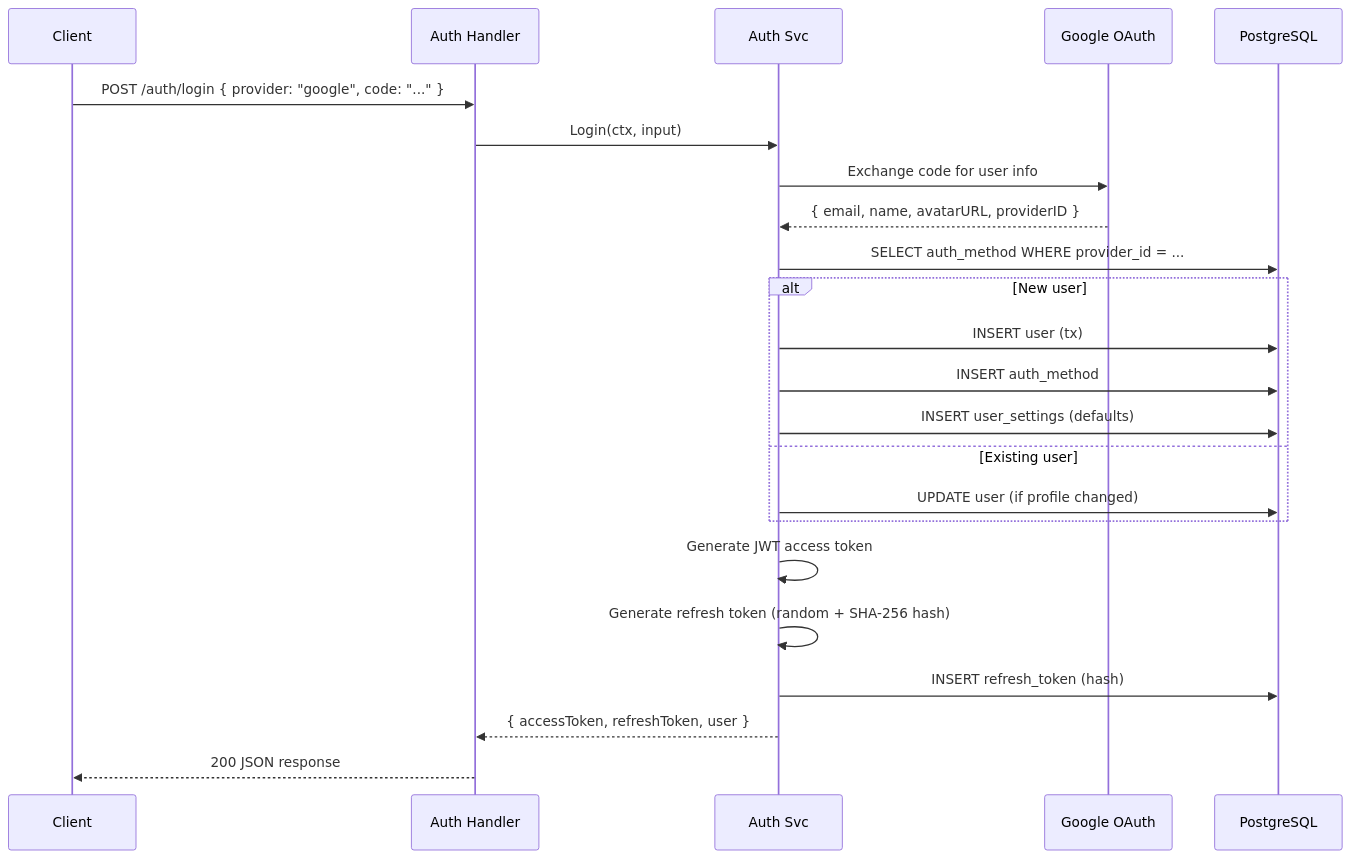
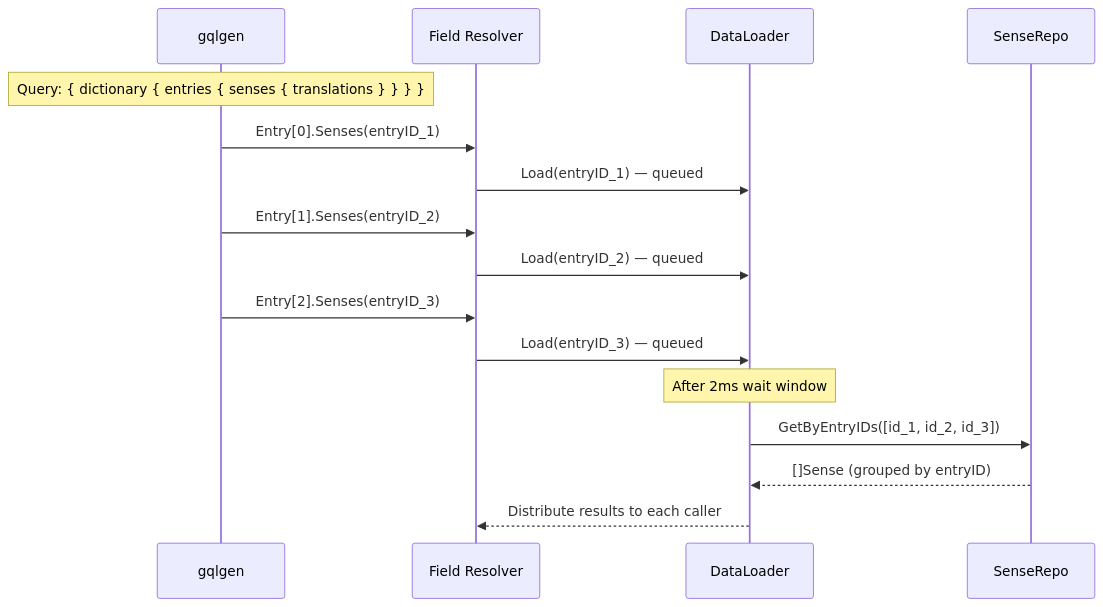
Before and after one commit to heartmarshall/genius-disctionary-backend: the fifth of 5 diagrams in backend_v4/docs/DATA_FLOW.md, drawn with Mermaid. The commit also changed other lines of this file and 26 other files, not shown here.

````diff
--- a/backend_v4/docs/DATA_FLOW.md
+++ b/backend_v4/docs/DATA_FLOW.md
@@ -89,26 +133,21 @@
 ```mermaid
 sequenceDiagram
-    participant C as Client
-    participant REST as Auth Handler
-    participant Auth as Auth Svc
-    participant Google as Google OAuth
-    participant DB as PostgreSQL
+    participant GQL as gqlgen
+    participant FR as Field Resolver
+    participant DL as DataLoader
+    participant Repo as SenseRepo
 
-    C->>REST: POST /auth/login { provider: "google", code: "..." }
-    REST->>Auth: Login(ctx, input)
-    Auth->>Google: Exchange code for user info
-    Google-->>Auth: { email, name, avatarURL, providerID }
-    Auth->>DB: SELECT auth_method WHERE provider_id = ...
-    alt New user
-        Auth->>DB: INSERT user (tx)
-        Auth->>DB: INSERT auth_method
-        Auth->>DB: INSERT user_settings (defaults)
-    else Existing user
-        Auth->>DB: UPDATE user (if profile changed)
-    end
-    Auth->>Auth: Generate JWT access token
-    Auth->>Auth: Generate refresh token (random + SHA-256 hash)
-    Auth->>DB: INSERT refresh_token (hash)
-    Auth-->>REST: { accessToken, refreshToken, user }
-    REST-->>C: 200 JSON response
+    Note over GQL: Query: { dictionary { entries { senses { translations } } } }
+
+    GQL->>FR: Entry[0].Senses(entryID_1)
+    FR->>DL: Load(entryID_1) — queued
+    GQL->>FR: Entry[1].Senses(entryID_2)
+    FR->>DL: Load(entryID_2) — queued
+    GQL->>FR: Entry[2].Senses(entryID_3)
+    FR->>DL: Load(entryID_3) — queued
+
+    Note over DL: After 2ms wait window
+    DL->>Repo: GetByEntryIDs([id_1, id_2, id_3])
+    Repo-->>DL: []Sense (grouped by entryID)
+    DL-->>FR: Distribute results to each caller
 ```
````
